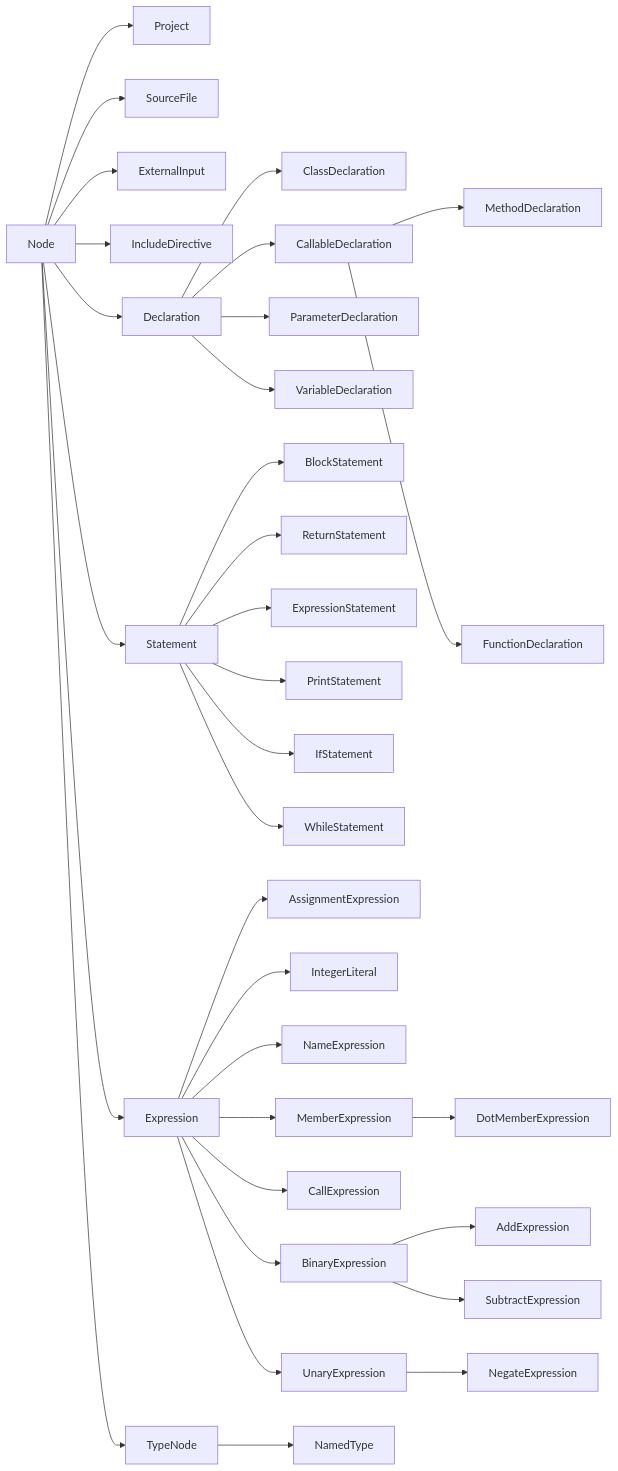
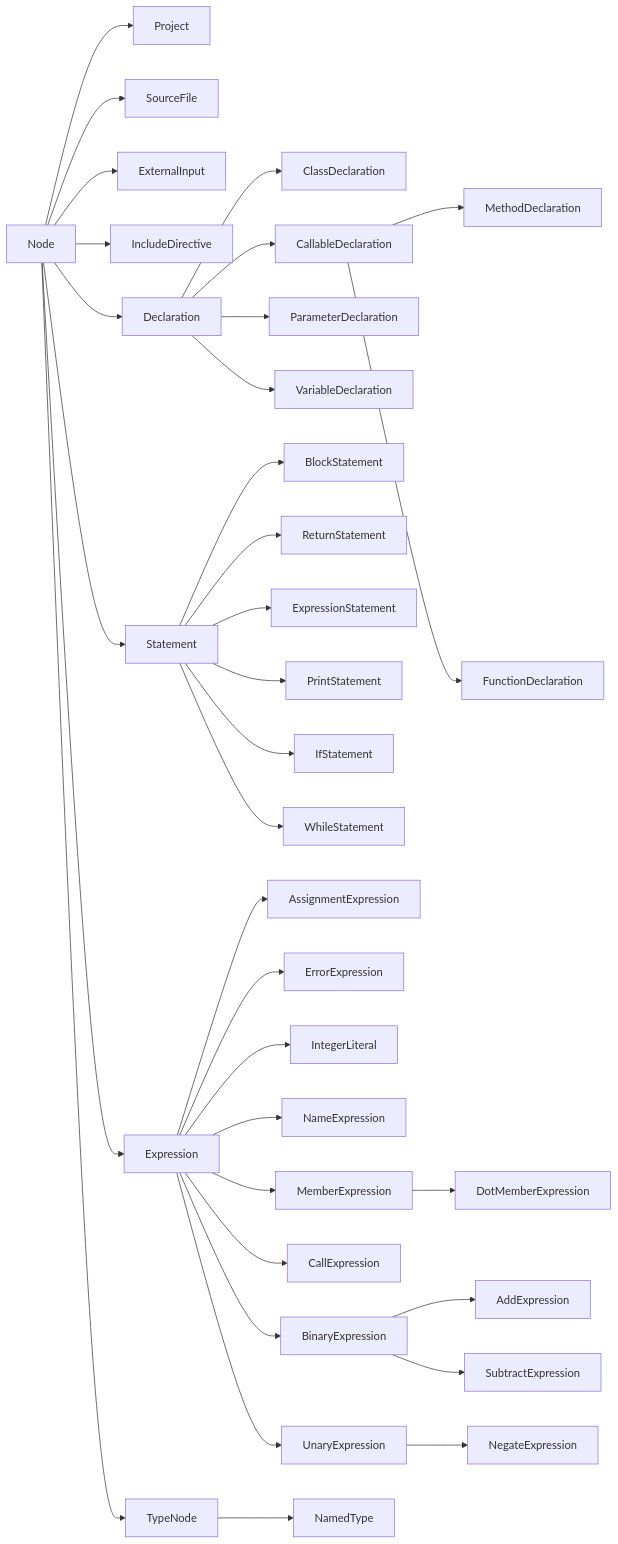
Before and after one commit to kniazkov/code-property-graph: the diagram in docs/node-hierarchy.ru.md, drawn with Mermaid. The commit also changed other lines of this file and 50 other files, not shown here.

````diff
--- a/docs/node-hierarchy.ru.md
+++ b/docs/node-hierarchy.ru.md
@@ -18,35 +18,36 @@
 ```mermaid
 flowchart LR
     N[Node] --> P[Project]
     N --> F[SourceFile]
     N --> X[ExternalInput]
     N --> I[IncludeDirective]
     N --> D[Declaration]
     N --> S[Statement]
     N --> E[Expression]
     N --> T[TypeNode]
     D --> DC[ClassDeclaration]
     D --> CD[CallableDeclaration]
     CD --> DM[MethodDeclaration]
     CD --> DF[FunctionDeclaration]
     D --> DP[ParameterDeclaration]
     D --> DV[VariableDeclaration]
     S --> SB[BlockStatement]
     E --> EA[AssignmentExpression]
     S --> SR[ReturnStatement]
     S --> SE[ExpressionStatement]
     S --> SP[PrintStatement]
     S --> SI[IfStatement]
     S --> SW[WhileStatement]
+    E --> EE[ErrorExpression]
     E --> EL[IntegerLiteral]
     E --> EN[NameExpression]
     E --> EM[MemberExpression]
     E --> EC[CallExpression]
     E --> EB[BinaryExpression]
     E --> EU[UnaryExpression]
     EB --> ADD[AddExpression]
     EB --> SUB[SubtractExpression]
     EU --> NEG[NegateExpression]
     EM --> DOT[DotMemberExpression]
     T --> TN[NamedType]
 ```
````
